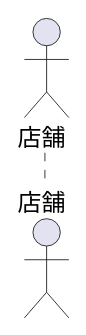
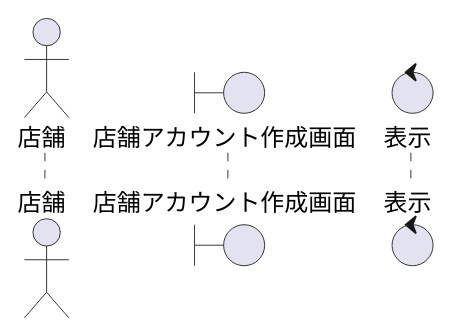
The diagram in sequence_fig/1_login_fn/3_店舗のアカウントを作成する.pu (irukacb256/high_Me), drawn with PlantUML before and after one commit. The commit also changed 5 other files, not shown here.

```diff
--- a/sequence_fig/1_login_fn/3_店舗のアカウントを作成する.pu
+++ b/sequence_fig/1_login_fn/3_店舗のアカウントを作成する.pu
@@ -1,9 +1,11 @@
 @startuml 店舗のアカウントを作成する
 
 ' 1
 actor 店舗 as st1
 
+boundary 店舗アカウント作成画面 as sav1
+control 表示 as co1
 
 ' 2
 
 @enduml
```
